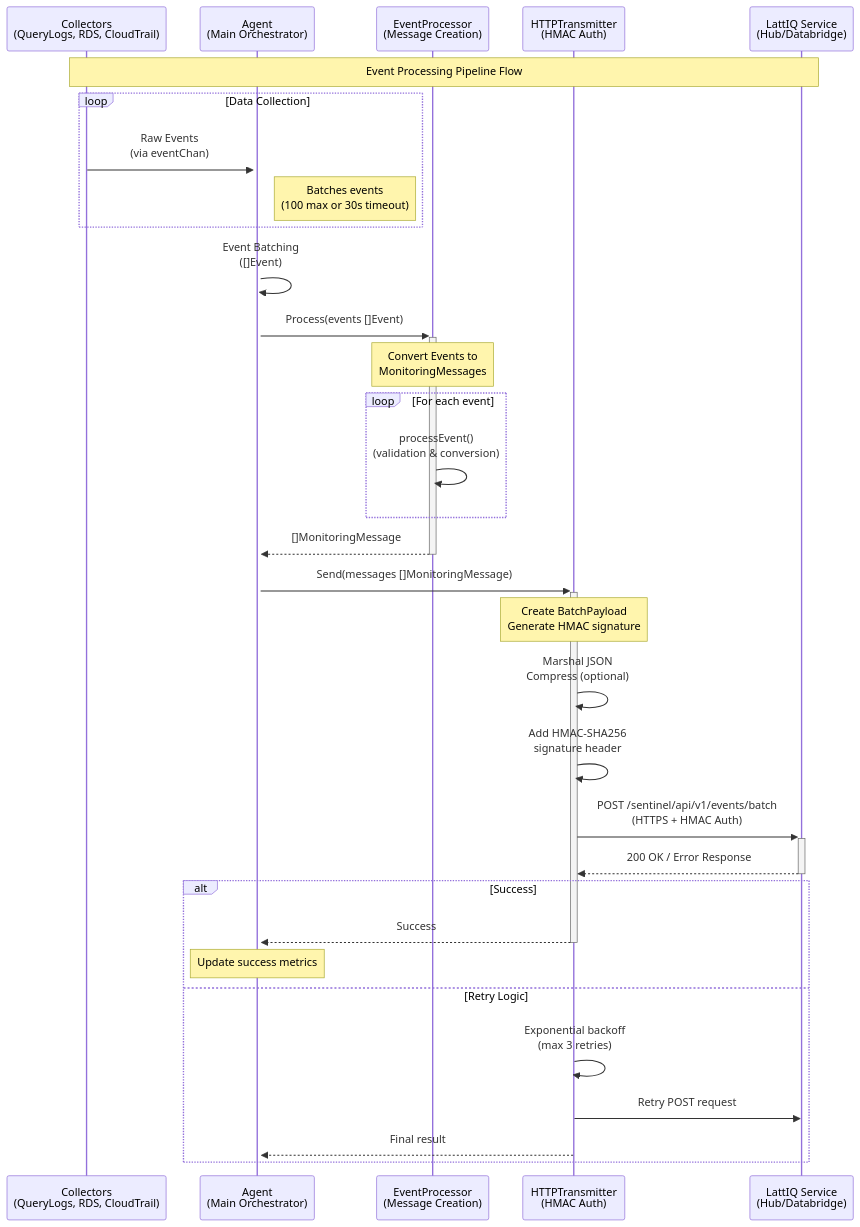
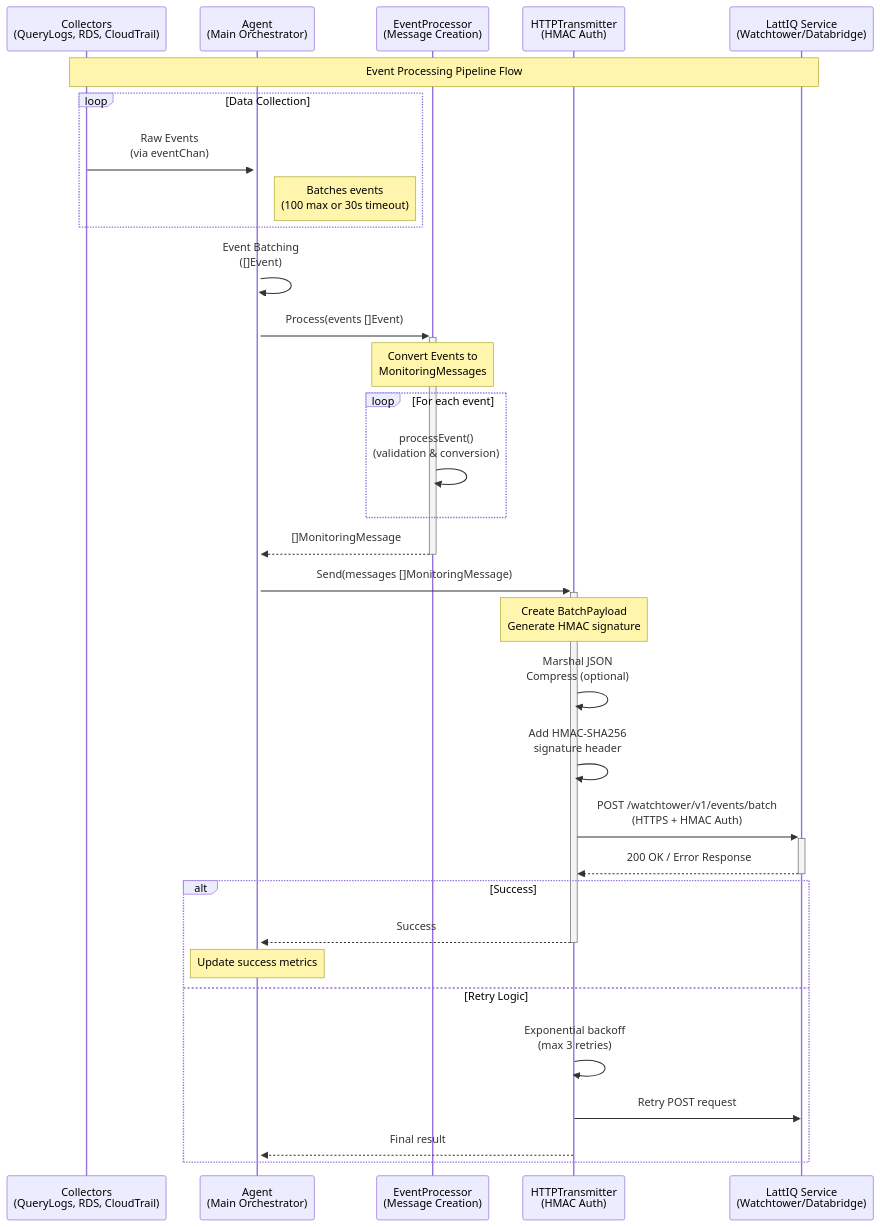
One commit to lattiq/sentinel changed the second of 2 diagrams in docs/Architecture.md. Above: the diagram before and after it, drawn with Mermaid. The commit also changed other lines of this file and 34 other files, not shown here.

````diff
--- a/docs/Architecture.md
+++ b/docs/Architecture.md
@@ -63,44 +63,44 @@
 ```mermaid
 sequenceDiagram
     participant C as Collectors<br/>(QueryLogs, RDS, CloudTrail)
     participant A as Agent<br/>(Main Orchestrator)
     participant EP as EventProcessor<br/>(Message Creation)
     participant HT as HTTPTransmitter<br/>(HMAC Auth)
-    participant LS as LattIQ Service<br/>(Hub/Databridge)
+    participant LS as LattIQ Service<br/>(Watchtower/Databridge)
 
     Note over C,LS: Event Processing Pipeline Flow
 
     loop Data Collection
         C->>+A: Raw Events<br/>(via eventChan)
         Note right of A: Batches events<br/>(100 max or 30s timeout)
     end
 
     A->>A: Event Batching<br/>([]Event)
 
     A->>+EP: Process(events []Event)
     Note over EP: Convert Events to<br/>MonitoringMessages
 
     loop For each event
         EP->>EP: processEvent()<br/>(validation & conversion)
     end
 
     EP-->>-A: []MonitoringMessage
 
     A->>+HT: Send(messages []MonitoringMessage)
     Note over HT: Create BatchPayload<br/>Generate HMAC signature
 
     HT->>HT: Marshal JSON<br/>Compress (optional)
     HT->>HT: Add HMAC-SHA256<br/>signature header
 
-    HT->>+LS: POST /sentinel/api/v1/events/batch<br/>(HTTPS + HMAC Auth)
+    HT->>+LS: POST /watchtower/v1/events/batch<br/>(HTTPS + HMAC Auth)
     LS-->>-HT: 200 OK / Error Response
 
     alt Success
         HT-->>-A: Success
         Note over A: Update success metrics
     else Retry Logic
         HT->>HT: Exponential backoff<br/>(max 3 retries)
         HT->>LS: Retry POST request
         HT-->>A: Final result
     end
 ```
````
